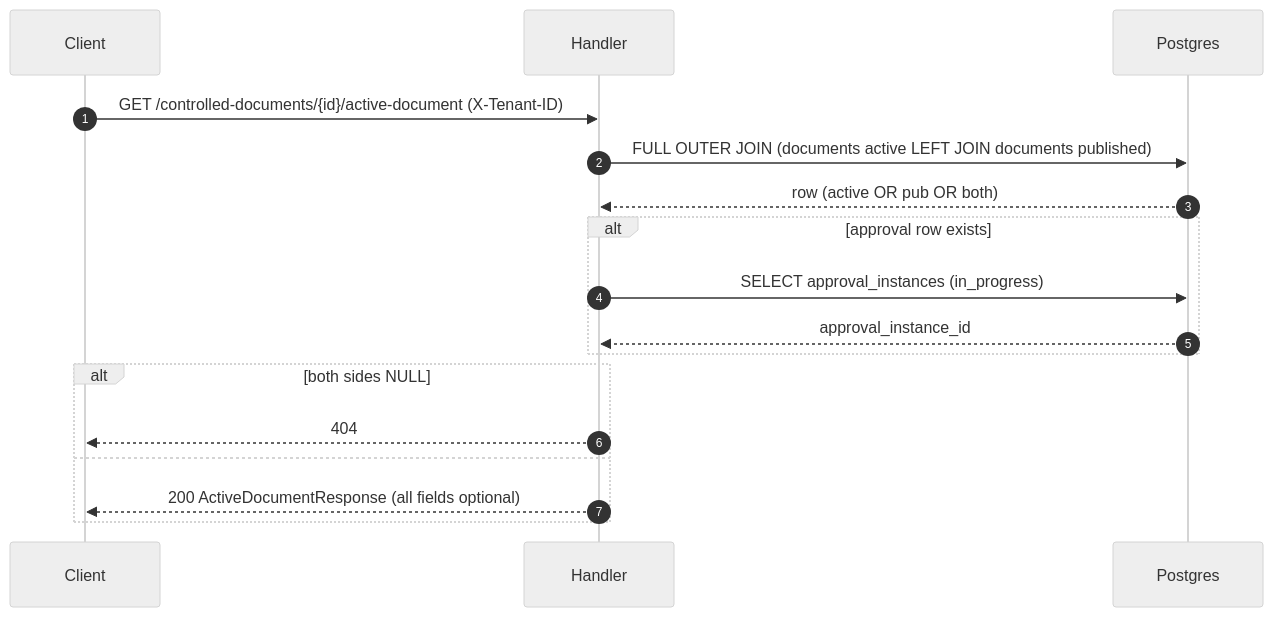
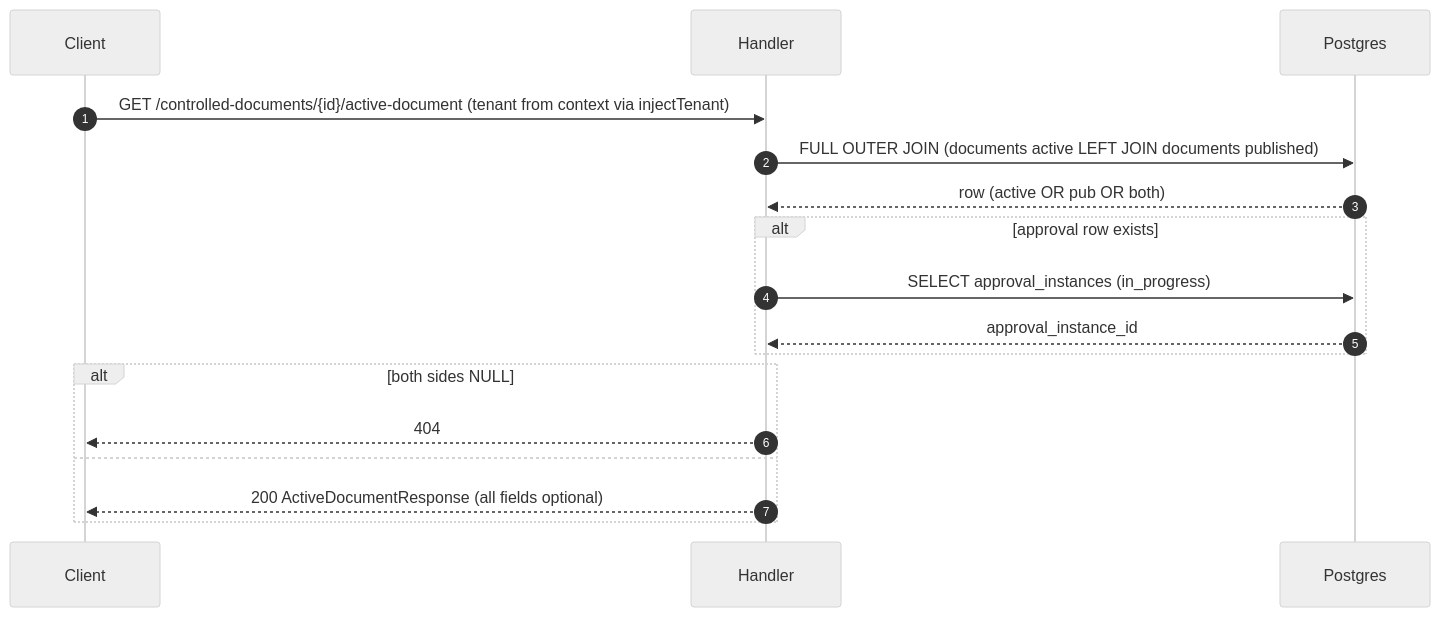
One commit to developmentconexus-ops/MetalDocs changed the fourth of 5 diagrams in wiki/modules/registry.md. Above: the diagram before and after it, drawn with Mermaid (neutral theme). The commit also changed other lines of this file and 14 other files, not shown here.

Commit message:
docs(wiki): refresh Plan 3 — bump Last verified, fix anchors, add tenant-context arch doc

````diff
--- a/wiki/modules/registry.md
+++ b/wiki/modules/registry.md
@@ -238,19 +241,19 @@
 ```mermaid
 sequenceDiagram
     autonumber
     participant C as Client
     participant H as Handler
     participant DB as Postgres
-    C->>H: GET /controlled-documents/{id}/active-document  (X-Tenant-ID)
+    C->>H: GET /controlled-documents/{id}/active-document  (tenant from context via injectTenant)
     H->>DB: FULL OUTER JOIN (documents active LEFT JOIN documents published)
     DB-->>H: row (active OR pub OR both)
     alt approval row exists
         H->>DB: SELECT approval_instances (in_progress)
         DB-->>H: approval_instance_id
     end
     alt both sides NULL
         H-->>C: 404
     else
         H-->>C: 200 ActiveDocumentResponse (all fields optional)
     end
 ```
````
